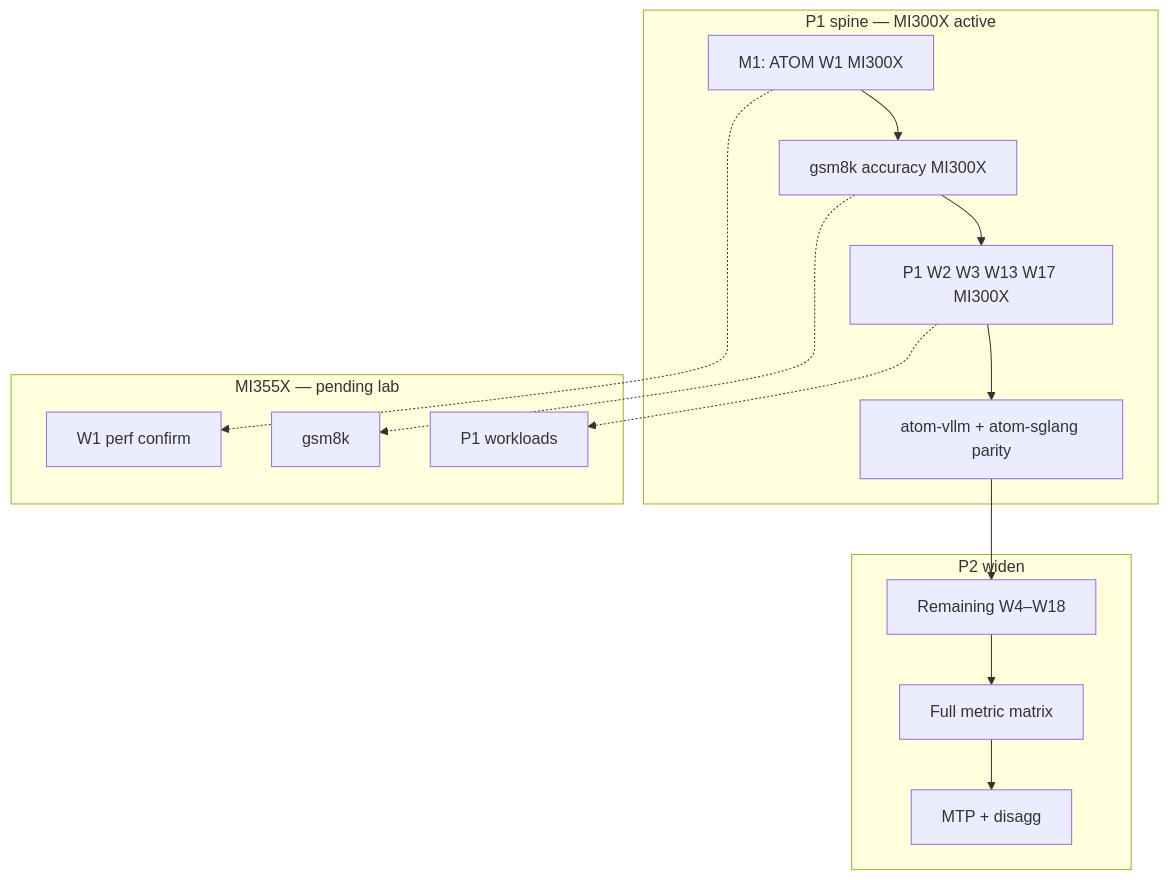
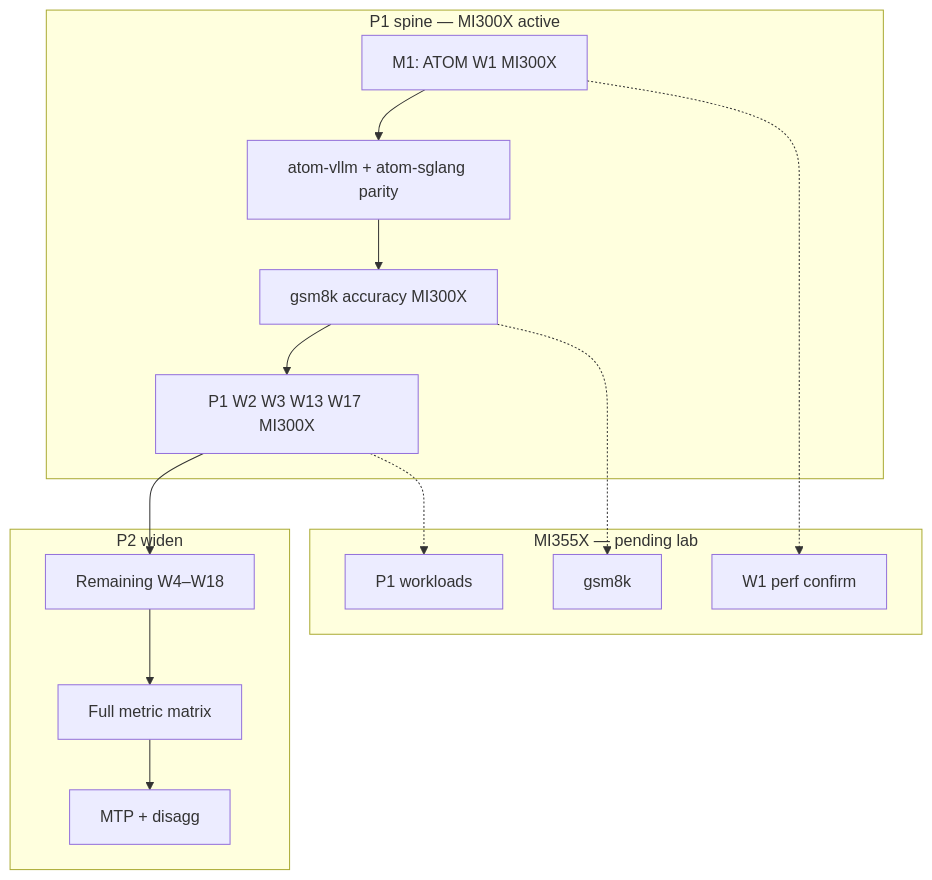
Before and after one commit to ROCm/cvs: the eighth of 8 diagrams in plans/inferencex-atom-cvs-automation-plan.md, drawn with Mermaid. The commit also changed other lines of this file, not shown here.

````diff
--- a/plans/inferencex-atom-cvs-automation-plan.md
+++ b/plans/inferencex-atom-cvs-automation-plan.md
@@ -988,24 +997,24 @@
 ```mermaid
 flowchart TB
   subgraph spine["P1 spine — MI300X active"]
     S1["M1: ATOM W1 MI300X"]
     S2["gsm8k accuracy MI300X"]
     S3["P1 W2 W3 W13 W17 MI300X"]
     S4["atom-vllm + atom-sglang parity"]
   end
   subgraph pending["MI355X — pending lab"]
     P1["W1 perf confirm"]
     P2["gsm8k"]
     P3["P1 workloads"]
   end
   subgraph widen["P2 widen"]
     W1["Remaining W4–W18"]
     W2["Full metric matrix"]
     W3["MTP + disagg"]
   end
-  S1 --> S2 --> S3 --> S4
-  S4 --> W1 --> W2 --> W3
+  S1 --> S4 --> S2 --> S3
+  S3 --> W1 --> W2 --> W3
   S1 -.-> P1
   S2 -.-> P2
   S3 -.-> P3
 ```
````
